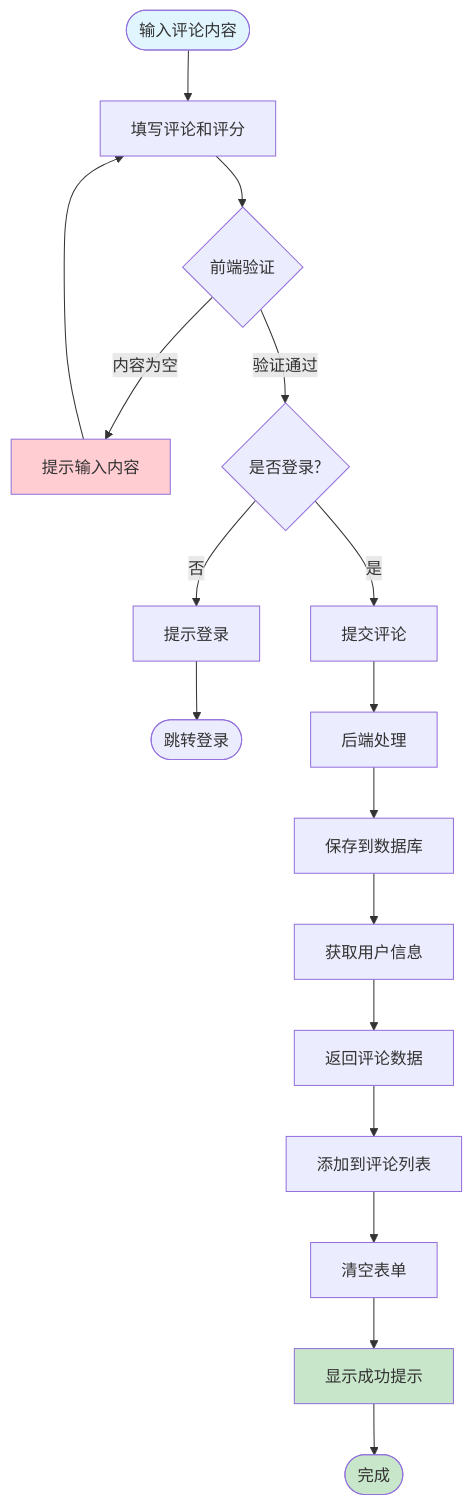
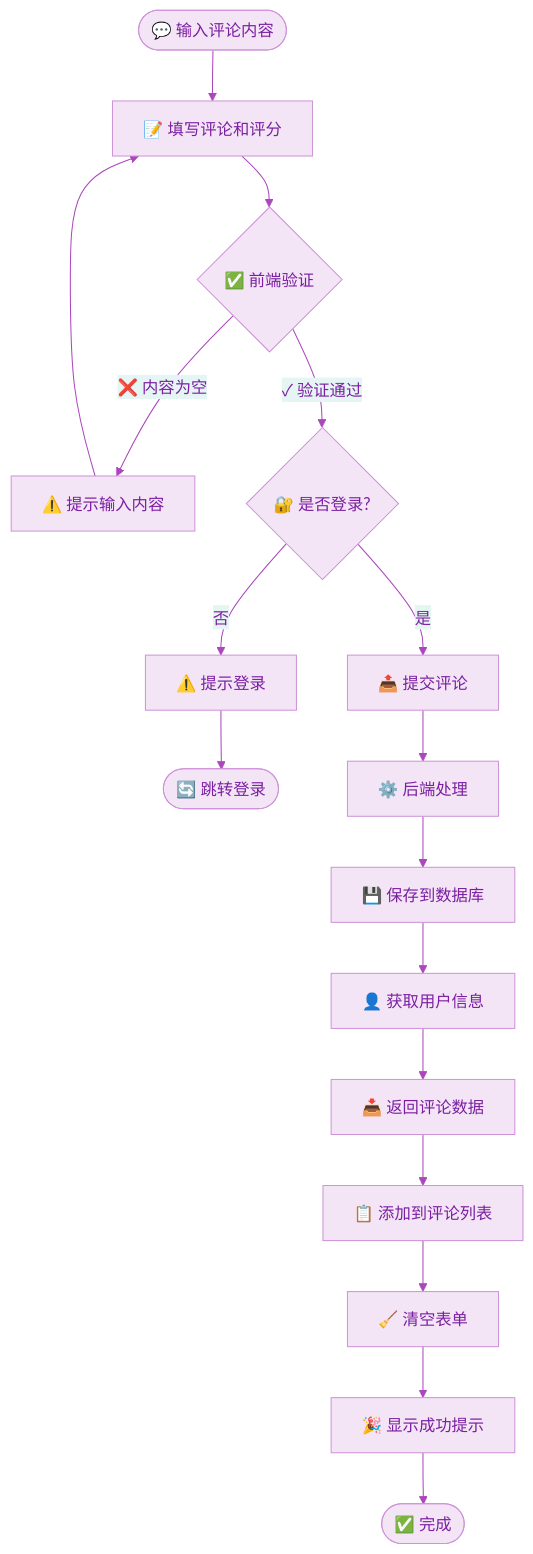
The tenth of 18 diagrams in docs/架构设计.md (keyoshoin/movie-website), drawn with Mermaid before and after one commit. The commit also changed other lines of this file, not shown here.

````diff
--- a/docs/架构设计.md
+++ b/docs/架构设计.md
@@ -453,27 +396,23 @@
 ```mermaid
+%%{init: {'theme': 'base', 'themeVariables': { 'primaryColor': '#f3e5f5', 'primaryTextColor': '#7b1fa2', 'primaryBorderColor': '#ce93d8', 'lineColor': '#ab47bc'}}}%%
 flowchart TD
-    Start([输入评论内容]) --> Input[填写评论和评分]
-    Input --> Validate{前端验证}
+    Start(["💬 输入评论内容"]) --> Input["📝 填写评论和评分"]
+    Input --> Validate{"✅ 前端验证"}
     
-    Validate -->|内容为空| Error1[提示输入内容]
+    Validate -->|"❌ 内容为空"| Error1["⚠️ 提示输入内容"]
     Error1 --> Input
     
-    Validate -->|验证通过| CheckLogin{是否登录?}
-    CheckLogin -->|否| Tip[提示登录]
-    Tip --> RedirectLogin([跳转登录])
+    Validate -->|"✓ 验证通过"| CheckLogin{"🔐 是否登录?"}
+    CheckLogin -->|"否"| Tip["⚠️ 提示登录"]
+    Tip --> RedirectLogin(["🔄 跳转登录"])
     
-    CheckLogin -->|是| Submit[提交评论]
-    Submit --> Backend[后端处理]
-    Backend --> SaveComment[保存到数据库]
-    SaveComment --> GetUserInfo[获取用户信息]
-    GetUserInfo --> Response[返回评论数据]
-    Response --> UpdateUI[添加到评论列表]
-    UpdateUI --> ClearForm[清空表单]
-    ClearForm --> ShowSuccess[显示成功提示]
-    ShowSuccess --> End([完成])
-    
-    style Start fill:#e1f5ff
-    style End fill:#c8e6c9
-    style Error1 fill:#ffcdd2
-    style ShowSuccess fill:#c8e6c9
+    CheckLogin -->|"是"| Submit["📤 提交评论"]
+    Submit --> Backend["⚙️ 后端处理"]
+    Backend --> SaveComment["💾 保存到数据库"]
+    SaveComment --> GetUserInfo["👤 获取用户信息"]
+    GetUserInfo --> Response["📥 返回评论数据"]
+    Response --> UpdateUI["📋 添加到评论列表"]
+    UpdateUI --> ClearForm["🧹 清空表单"]
+    ClearForm --> ShowSuccess["🎉 显示成功提示"]
+    ShowSuccess --> End(["✅ 完成"])
 ```
````
